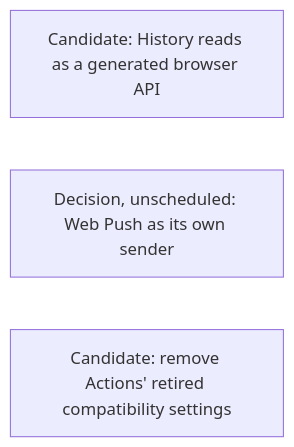
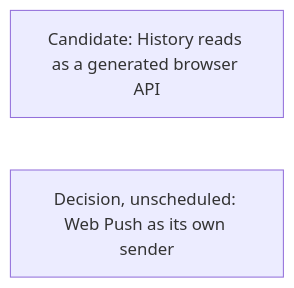
Diagram 16 of 18 in agentplane/plans/task_dag.md (agentydragon/ducktape), drawn with Mermaid before and after one commit. The commit also changed other lines of this file and 5 other files, not shown here.

First line of the commit message:
agentplane/action_service: drop retired integrated_connection_service and max_wait_seconds (step 2/2)

````diff
--- a/agentplane/plans/task_dag.md
+++ b/agentplane/plans/task_dag.md
@@ -1724,6 +1720,5 @@
 ```mermaid
 flowchart LR
     HISTORY_READS_FACADE[Candidate: History reads as a generated browser API]
     WEB_PUSH_SERVICE[Decision, unscheduled: Web Push as its own sender]
-    ACTION_MCP_EDGE_SPLIT[Candidate: remove Actions' retired compatibility settings]
 ```
````
